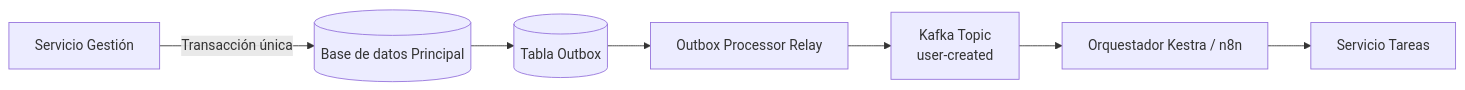
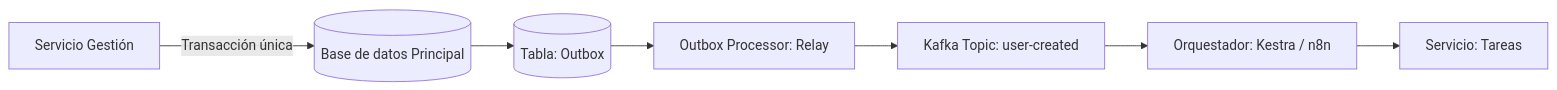
Before and after one commit to JonatanArroyoWork/jam-studio: the first of 3 diagrams in src/content/blog/02_El_Patrón_Outbox.md, drawn with Mermaid.

````diff
--- a/src/content/blog/02_El_Patrón_Outbox.md
+++ b/src/content/blog/02_El_Patrón_Outbox.md
@@ -40,9 +40,9 @@
 ```mermaid
 flowchart LR
     A[Servicio Gestión] -->|Transacción única| B[(Base de datos Principal)]
-    B --> C[(Tabla Outbox)]
-    C --> D[Outbox Processor  Relay]
-    D --> E[Kafka Topic\nuser-created]
-    E --> F[Orquestador Kestra / n8n]
-    F --> G[Servicio Tareas]
+    B --> C[(Tabla: Outbox)]
+    C --> D[Outbox Processor: Relay]
+    D --> E[Kafka Topic: user-created]
+    E --> F[Orquestador:  Kestra / n8n]
+    F --> G[Servicio: Tareas]
 ```
````
